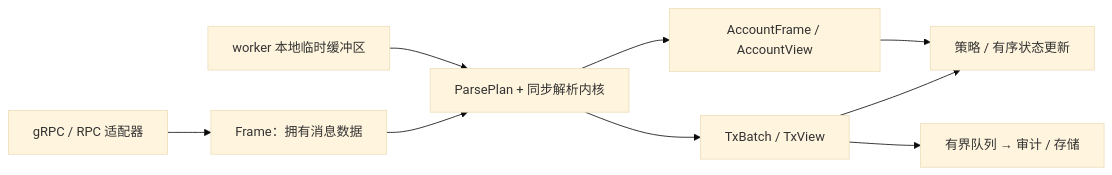
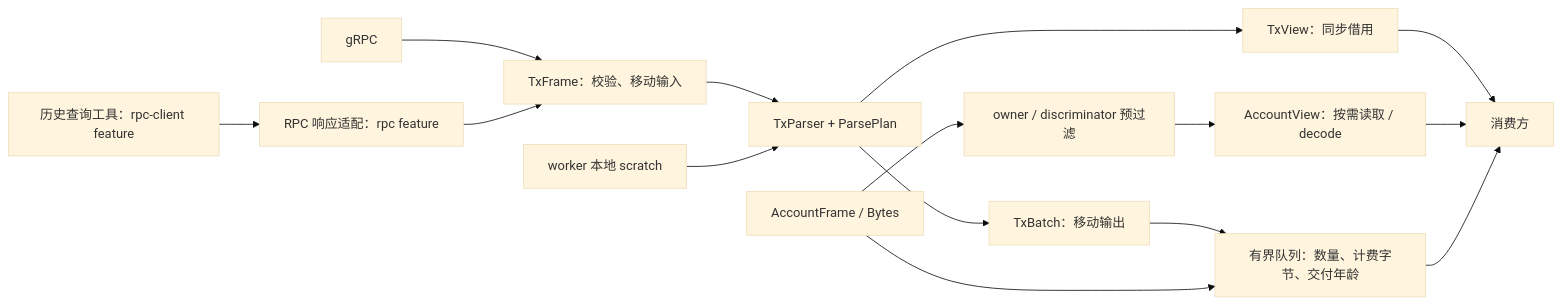
Before and after one commit to zhaoguojie2010/solana-streamer: the diagram in docs/performance-architecture.md, drawn with Mermaid (base theme). The commit also changed other lines of this file and 99 other files, not shown here.

````diff
--- a/docs/performance-architecture.md
+++ b/docs/performance-architecture.md
@@ -59,11 +12,17 @@
 ```mermaid
 flowchart LR
-    A["gRPC / RPC 适配器"] --> B["Frame：拥有消息数据"]
-    B --> C["ParsePlan + 同步解析内核"]
-    S["worker 本地临时缓冲区"] --> C
-    C --> D["TxBatch / TxView"]
-    C --> E["AccountFrame / AccountView"]
-    D --> F["策略 / 有序状态更新"]
-    E --> F
-    D --> G["有界队列 → 审计 / 存储"]
+    A["gRPC"] --> B["TxFrame：校验、移动输入"]
+    R["历史查询工具：rpc-client feature"] --> X["RPC 响应适配：rpc feature"]
+    X --> B
+    B --> C["TxParser + ParsePlan"]
+    S["worker 本地 scratch"] --> C
+    C --> D["TxView：同步借用"]
+    C --> E["TxBatch：移动输出"]
+    F["AccountFrame / Bytes"] --> G["owner / discriminator 预过滤"]
+    G --> H["AccountView：按需读取 / decode"]
+    E --> Q["有界队列：数量、计费字节、交付年龄"]
+    F --> Q
+    D --> U["消费方"]
+    H --> U
+    Q --> U
 ```
````
